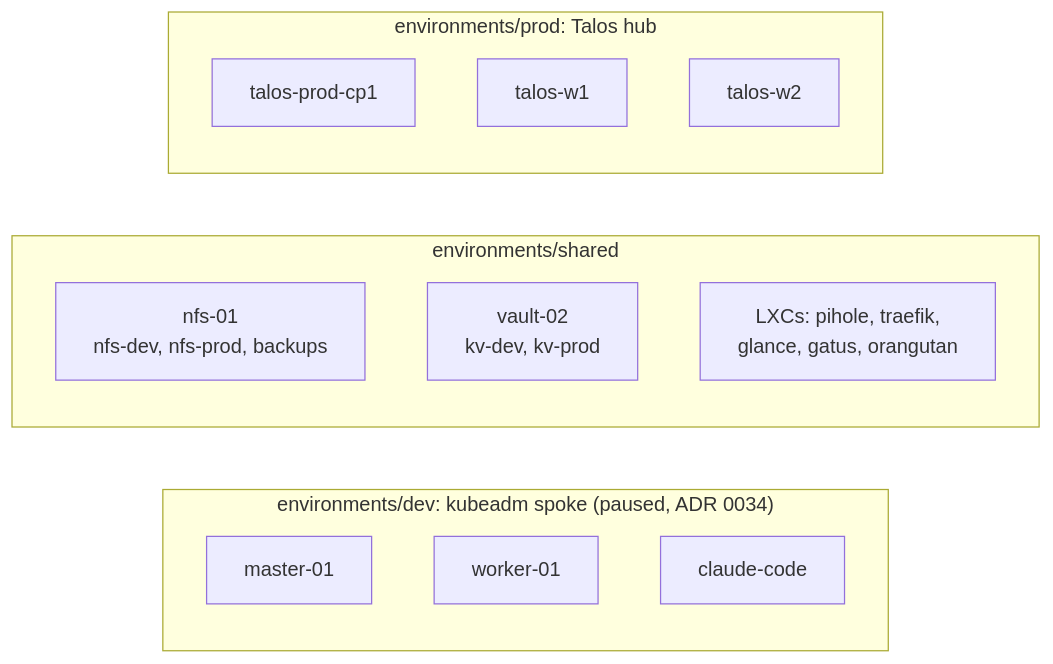
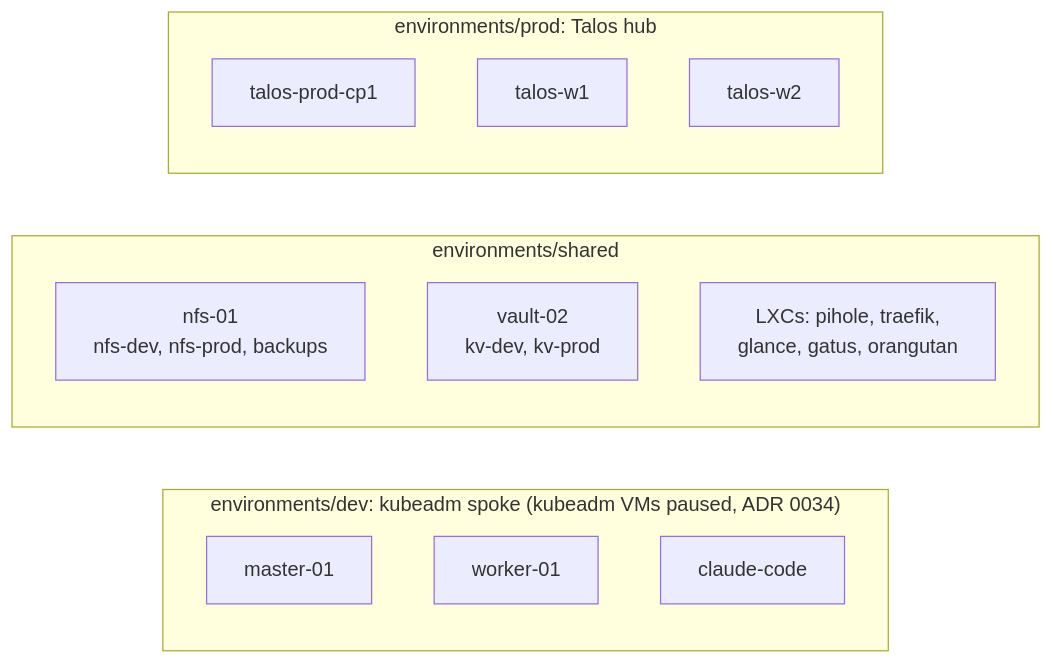
One commit to maxim-grin/homelab changed the first of 3 diagrams in README.md. Above: the diagram before and after it, drawn with Mermaid. The commit also changed other lines of this file and 7 other files, not shown here.

````diff
--- a/README.md
+++ b/README.md
@@ -20,18 +20,18 @@
 ```mermaid
 flowchart LR
-    subgraph dev["environments/dev: kubeadm spoke (paused, ADR 0034)"]
+    subgraph dev["environments/dev: kubeadm spoke (kubeadm VMs paused, ADR 0034)"]
         master["master-01"]
         worker["worker-01"]
         claude["claude-code"]
     end
     subgraph shared["environments/shared"]
         nfs["nfs-01<br/>nfs-dev, nfs-prod, backups"]
         vault["vault-02<br/>kv-dev, kv-prod"]
         lxcs["LXCs: pihole, traefik,<br/>glance, gatus, orangutan"]
     end
     subgraph prod["environments/prod: Talos hub"]
         cp1["talos-prod-cp1"]
         w1["talos-w1"]
         w2["talos-w2"]
     end
 ```
````
